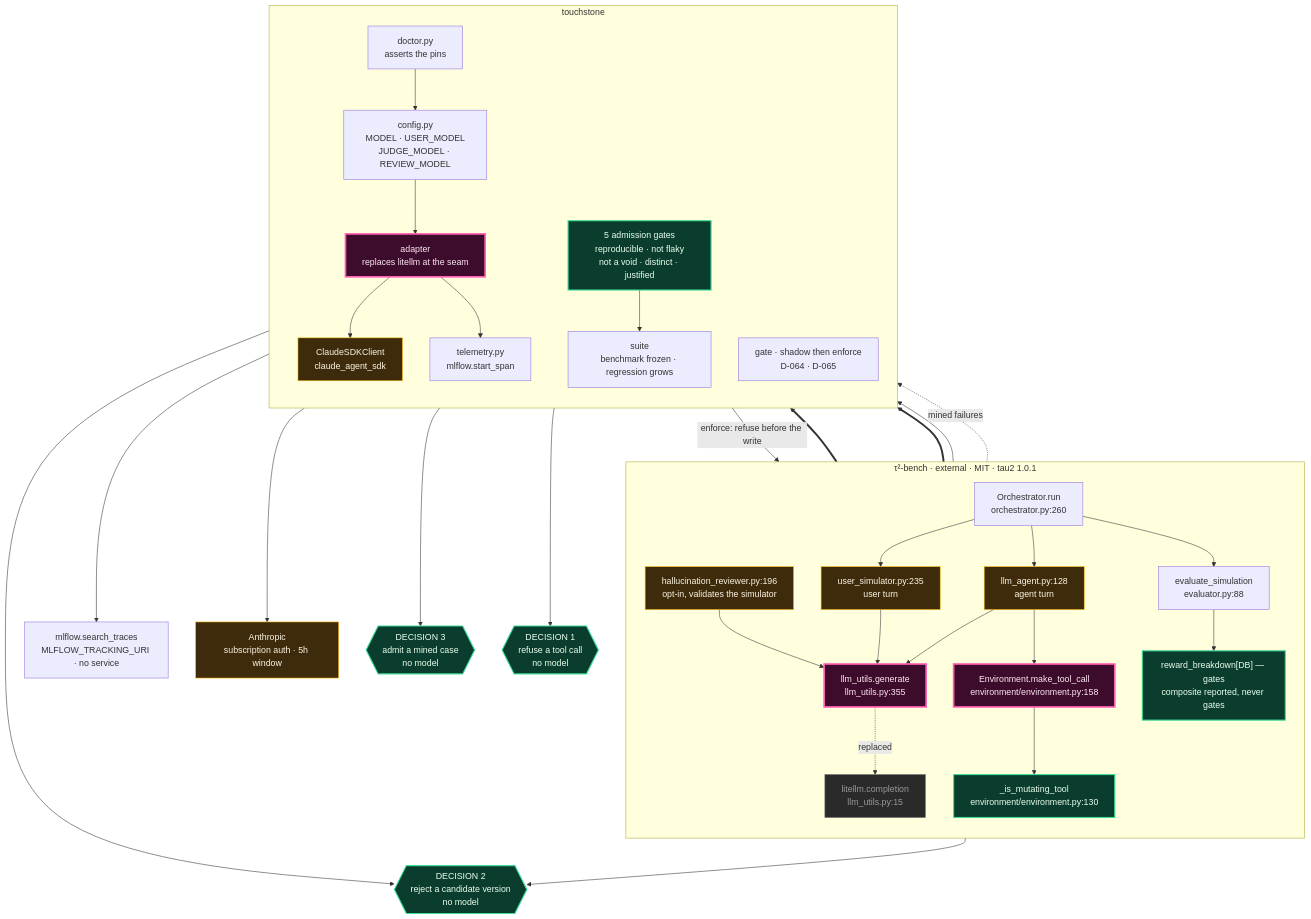
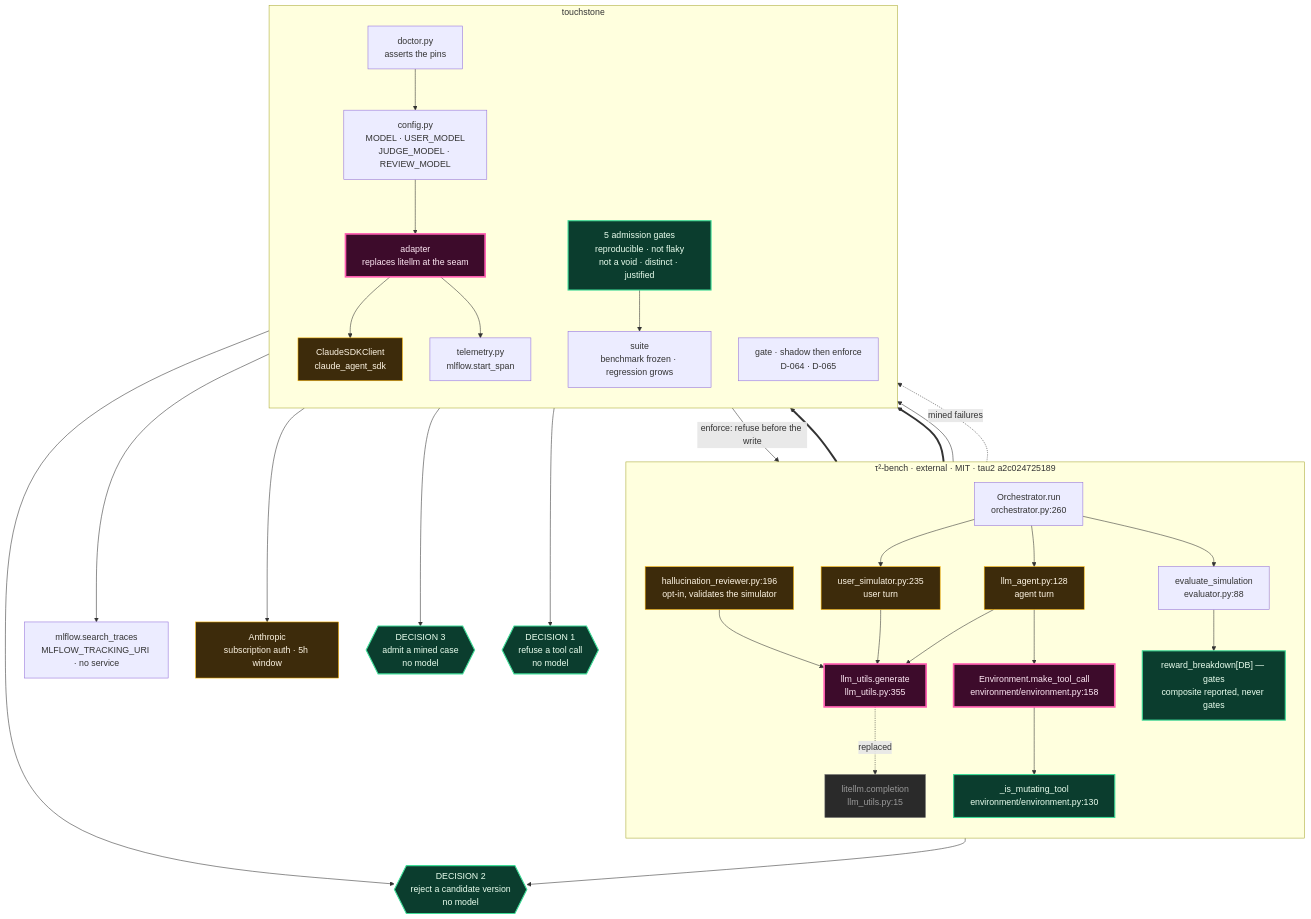
One commit to sandeepyadav1478/touchstone changed the diagram in diagrams/phase1.mmd. Above: the diagram before and after it, drawn with Mermaid. The commit also changed 4 other files, not shown here.

```diff
--- a/diagrams/phase1.mmd
+++ b/diagrams/phase1.mmd
@@ -1,76 +1,76 @@
 %% touchstone phase 1 — the adapter, the enforcement point, and the three decisions
-%% Every node names a real symbol: touchstone, or tau2-bench — tau2 1.0.1 (MIT). D-068.
+%% Every node names a real symbol: touchstone, or tau2-bench — tau2 at commit a2c024725189 (MIT). D-068.
 flowchart TB
 
-  subgraph TAU2["τ²-bench · external · MIT · tau2 1.0.1"]
+  subgraph TAU2["τ²-bench · external · MIT · tau2 a2c024725189"]
     direction TB
     RUN["Orchestrator.run<br/>orchestrator.py:260"]
     AGENT["llm_agent.py:128<br/>agent turn"]
     USER["user_simulator.py:235<br/>user turn"]
     REVIEW["hallucination_reviewer.py:196<br/>opt-in, validates the simulator"]
     GEN["llm_utils.generate<br/>llm_utils.py:355"]
     LITE["litellm.completion<br/>llm_utils.py:15"]
     ENVC["Environment.make_tool_call<br/>environment/environment.py:158"]
     MUT["_is_mutating_tool<br/>environment/environment.py:130"]
     EVAL["evaluate_simulation<br/>evaluator.py:88"]
     REW["reward_breakdown[DB] — gates<br/>composite reported, never gates"]
   end
 
   subgraph TS["touchstone"]
     direction TB
     ADP["adapter<br/>replaces litellm at the seam"]
     SDK["ClaudeSDKClient<br/>claude_agent_sdk"]
     CFG["config.py<br/>MODEL · USER_MODEL<br/>JUDGE_MODEL · REVIEW_MODEL"]
     GATE["gate · shadow then enforce<br/>D-064 · D-065"]
     TEL["telemetry.py<br/>mlflow.start_span"]
     SUITE["suite<br/>benchmark frozen · regression grows"]
     ADMIT["5 admission gates<br/>reproducible · not flaky<br/>not a void · distinct · justified"]
     DOC["doctor.py<br/>asserts the pins"]
   end
 
   MLF["mlflow.search_traces<br/>MLFLOW_TRACKING_URI · no service"]
   ANTH["Anthropic<br/>subscription auth · 5h window"]
 
   RUN --> AGENT
   RUN --> USER
   AGENT --> GEN
   USER --> GEN
   REVIEW --> GEN
 
   GEN -. "replaced" .-> LITE
   GEN ==> ADP
   ADP --> SDK --> ANTH
   CFG --> ADP
   DOC --> CFG
 
   AGENT --> ENVC
   ENVC --> MUT
   ENVC ==> GATE
   GATE -- "enforce: refuse before the write" --> ENVC
 
   RUN --> EVAL --> REW
 
   ADP --> TEL
   ENVC --> TEL
   TEL --> MLF
 
   REW --> D2
   ADMIT --> D3
   GATE --> D1
   EVAL -. "mined failures" .-> ADMIT
   ADMIT --> SUITE
   SUITE --> D2
 
   D1{{"DECISION 1<br/>refuse a tool call<br/>no model"}}
   D2{{"DECISION 2<br/>reject a candidate version<br/>no model"}}
   D3{{"DECISION 3<br/>admit a mined case<br/>no model"}}
 
   classDef nomodel fill:#0b3d2e,stroke:#3ddc97,color:#eaffef,stroke-width:2px
   classDef model fill:#3d2b0b,stroke:#ffb703,color:#fff6e5
   classDef seam fill:#3d0b2b,stroke:#ff5db1,color:#ffe9f5,stroke-width:3px
   classDef dead fill:#2a2a2a,stroke:#666,color:#999
 
   class D1,D2,D3,REW,ADMIT,MUT nomodel
   class AGENT,USER,REVIEW,SDK,ANTH model
   class GEN,ADP,ENVC seam
   class LITE dead
```
